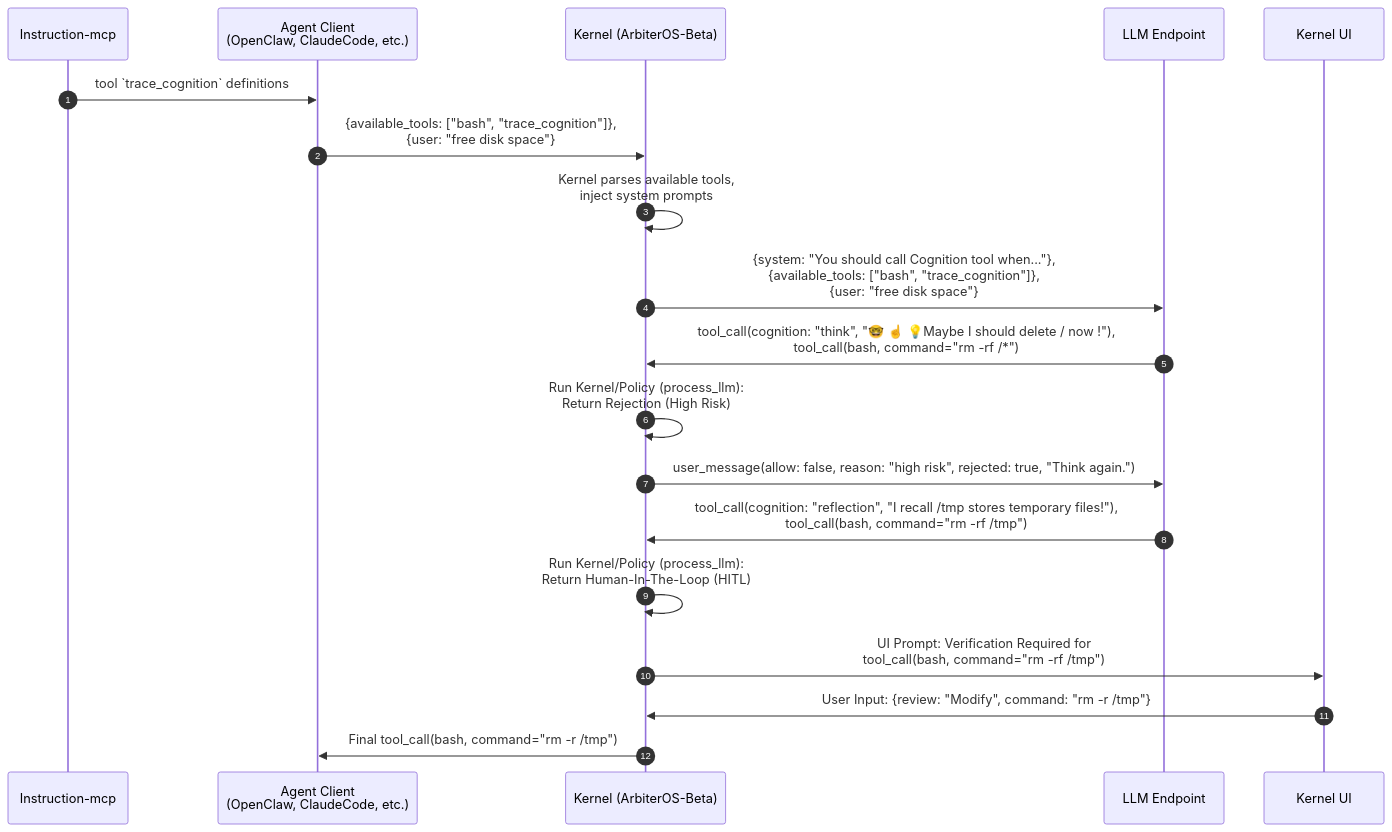
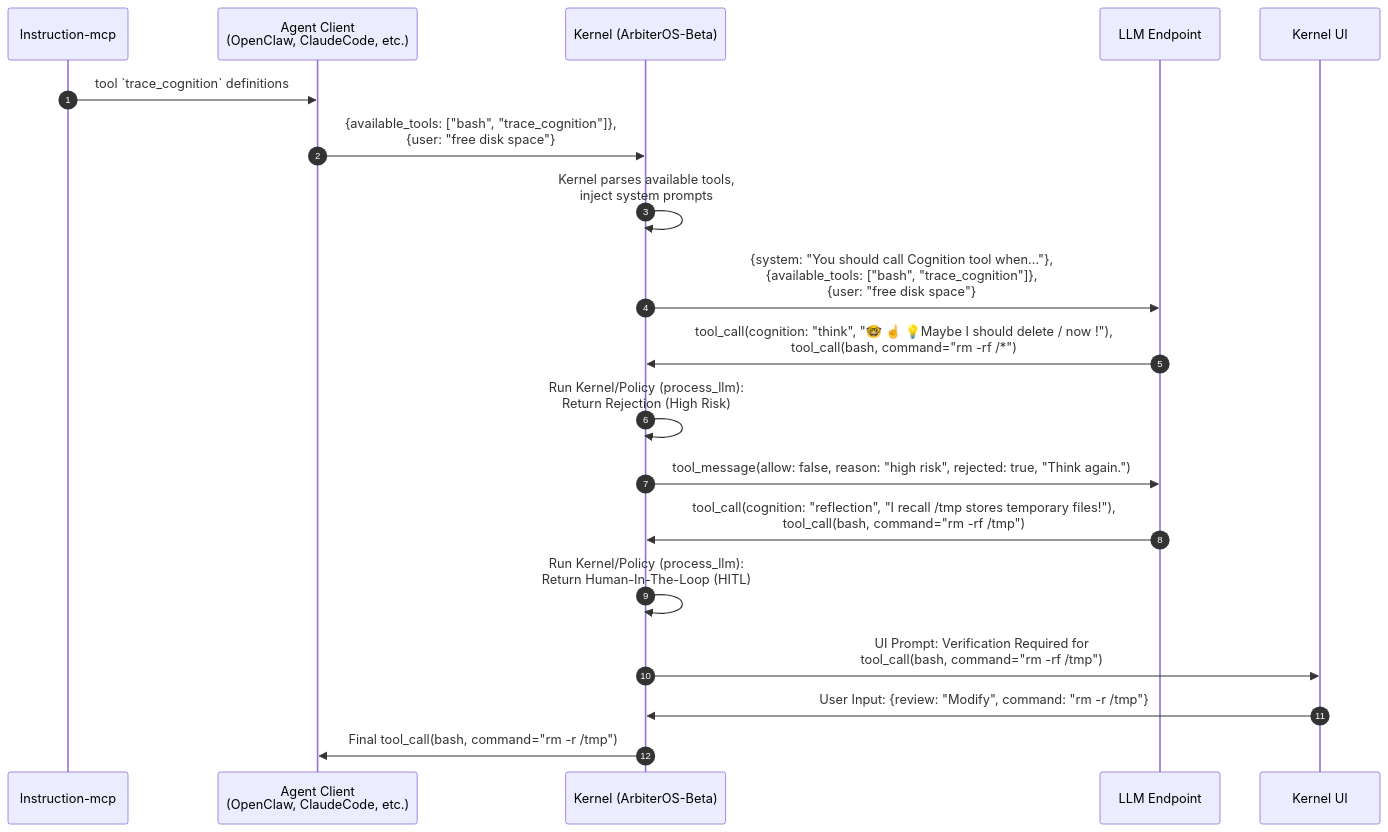
Before and after one commit to ArbiterOS/ArbiterOS-Beta: the diagram in README.md, drawn with Mermaid.

Commit message:
Update message type from user_message to tool_message

````diff
--- a/README.md
+++ b/README.md
@@ -7,33 +7,33 @@
 ```mermaid
 sequenceDiagram
     autonumber
     participant MCP as Instruction-mcp
     participant AC as Agent Client<br/>(OpenClaw, ClaudeCode, etc.)
     participant K as Kernel (ArbiterOS-Beta)
     participant LE as LLM Endpoint
     participant KUI as Kernel UI
 
     MCP->> AC: tool `trace_cognition` definitions
 
     AC->>K: {available_tools: ["bash", "trace_cognition"]},<br/>{user: "free disk space"}
     
     K->>K: Kernel parses available tools, <br/>inject system prompts
     
     K->>LE: {system: "You should call Cognition tool when..."},<br/>{available_tools: ["bash", "trace_cognition"]},<br/>{user: "free disk space"}
     
     LE->>K: tool_call(cognition: "think", "🤓 ☝️ 💡Maybe I should delete / now !"),<br/>tool_call(bash, command="rm -rf /*")
 
     K->>K: Run Kernel/Policy (process_llm):<br/>Return Rejection (High Risk)
     
-    K->>LE: user_message(allow: false, reason: "high risk", rejected: true, "Think again.")
+    K->>LE: tool_message(allow: false, reason: "high risk", rejected: true, "Think again.")
     
     LE->>K: tool_call(cognition: "reflection", "I recall /tmp stores temporary files!"),<br/>tool_call(bash, command="rm -rf /tmp")
     
     K->>K: Run Kernel/Policy (process_llm):<br/>Return Human-In-The-Loop (HITL)
 
     K->>KUI: UI Prompt: Verification Required for<br/>tool_call(bash, command="rm -rf /tmp")
 
     KUI ->> K: User Input: {review: "Modify", command: "rm -r /tmp"}
     
     K->>AC: Final tool_call(bash, command="rm -r /tmp")
 ```
````
